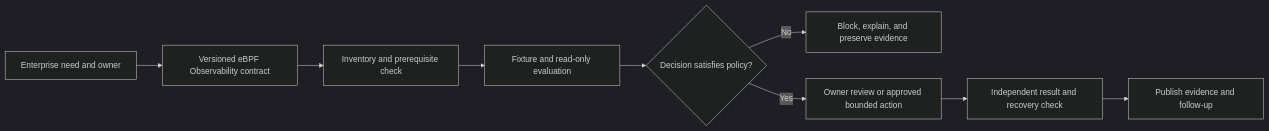
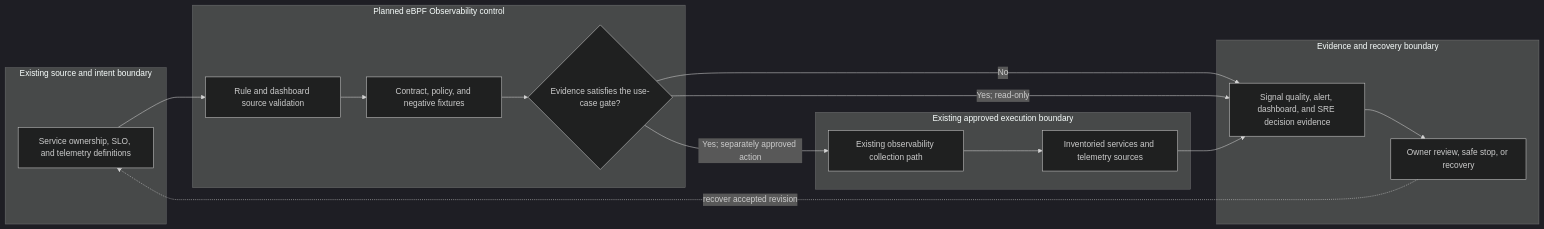
Before and after one commit to MIDHTECH/enterprise-architecture-docs: the diagram in docs/use-cases/observability/UC-OBS-005-ebpf-observability.md, drawn with Mermaid (dark theme). The commit also changed other lines of this file and 227 other files, not shown here.

Commit message:
Deepen architecture for all use case designs

````diff
--- a/docs/use-cases/observability/UC-OBS-005-ebpf-observability.md
+++ b/docs/use-cases/observability/UC-OBS-005-ebpf-observability.md
@@ -136,11 +129,25 @@
 ```mermaid
 flowchart LR
-    Need["Enterprise need and owner"] --> Contract["Versioned eBPF Observability contract"]
-    Contract --> Preflight["Inventory and prerequisite check"]
-    Preflight --> Evaluate["Fixture and read-only evaluation"]
-    Evaluate --> Decision{"Decision satisfies policy?"}
-    Decision -->|No| Stop["Block, explain, and preserve evidence"]
-    Decision -->|Yes| Review["Owner review or approved bounded action"]
-    Review --> Verify["Independent result and recovery check"]
-    Verify --> Publish["Publish evidence and follow-up"]
+    subgraph Source["Existing source and intent boundary"]
+        A["Service ownership, SLO, and telemetry definitions"]
+    end
+    subgraph Planned["Planned eBPF Observability control"]
+        B["Rule and dashboard source validation"]
+        C["Contract, policy, and negative fixtures"]
+        D{"Evidence satisfies the use-case gate?"}
+    end
+    subgraph Runtime["Existing approved execution boundary"]
+        E["Existing observability collection path"]
+        F["Inventoried services and telemetry sources"]
+    end
+    subgraph Assurance["Evidence and recovery boundary"]
+        G["Signal quality, alert, dashboard, and SRE decision evidence"]
+        H["Owner review, safe stop, or recovery"]
+    end
+
+    A --> B --> C --> D
+    D -->|No| G --> H
+    D -->|Yes; read-only| G
+    D -->|Yes; separately approved action| E --> F --> G
+    H -. recover accepted revision .-> A
 ```
````
